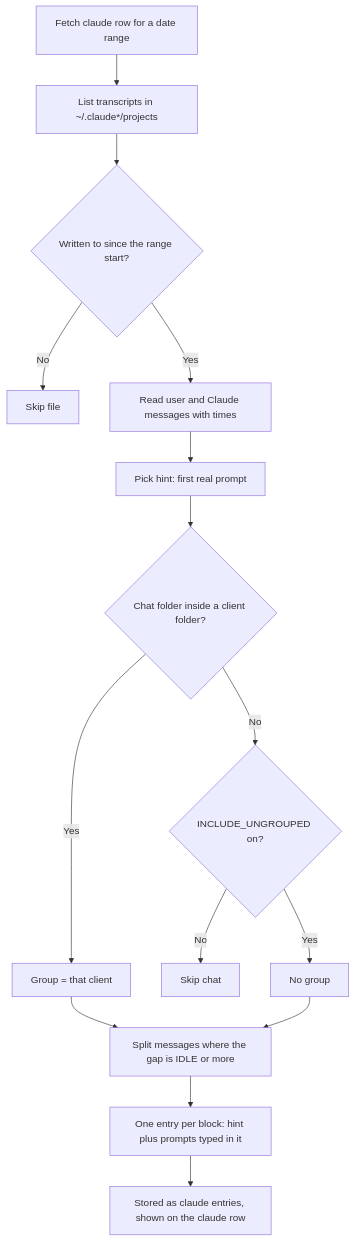
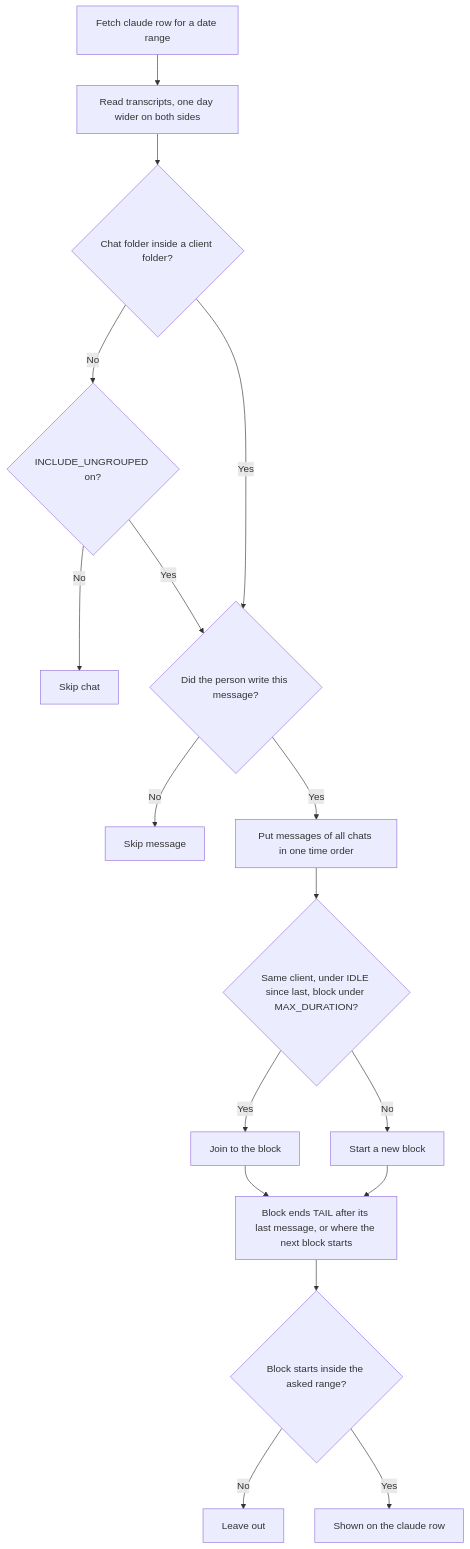
One commit to eerovil/TrackLater changed the diagram in docs/diagrams/claude-chats.md. Above: the diagram before and after it, drawn with Mermaid. The commit also changed other lines of this file and 4 other files, not shown here.

First line of the commit message:
claude module: show only when the person wrote, in blocks that never overlap

````diff
--- a/docs/diagrams/claude-chats.md
+++ b/docs/diagrams/claude-chats.md
@@ -8,23 +8,25 @@
 ```mermaid
 flowchart TD
-    A[Fetch claude row for a date range] --> B[List transcripts in ~/.claude*/projects]
-    B --> C{Written to since the range start?}
-    C -- No --> X[Skip file]
-    C -- Yes --> D[Read user and Claude messages with times]
-    D --> E[Pick hint: first real prompt]
-    E --> F{Chat folder inside a client folder?}
-    F -- Yes --> G[Group = that client]
+    A[Fetch claude row for a date range] --> B[Read transcripts, one day wider on both sides]
+    B --> F{Chat folder inside a client folder?}
     F -- No --> H{INCLUDE_UNGROUPED on?}
     H -- No --> X2[Skip chat]
-    H -- Yes --> I[No group]
-    G --> J[Split messages where the gap is IDLE or more]
-    I --> J
-    J --> K[One entry per block: hint plus prompts typed in it]
-    K --> L[Stored as claude entries, shown on the claude row]
+    H -- Yes --> P
+    F -- Yes --> P{Did the person write this message?}
+    P -- No --> X3[Skip message]
+    P -- Yes --> M[Put messages of all chats in one time order]
+    M --> S{Same client, under IDLE since last, block under MAX_DURATION?}
+    S -- Yes --> J[Join to the block]
+    S -- No --> N[Start a new block]
+    J --> E[Block ends TAIL after its last message, or where the next block starts]
+    N --> E
+    E --> R{Block starts inside the asked range?}
+    R -- No --> X4[Leave out]
+    R -- Yes --> L[Shown on the claude row]
 
-    class A,B,D,E teal
-    class C,F,H amber
-    class G,I,J,K blue
+    class A,B teal
+    class F,H,P,S,R amber
+    class M,J,N,E blue
     class L green
-    class X,X2 rose
+    class X2,X3,X4 rose
 ```
````
